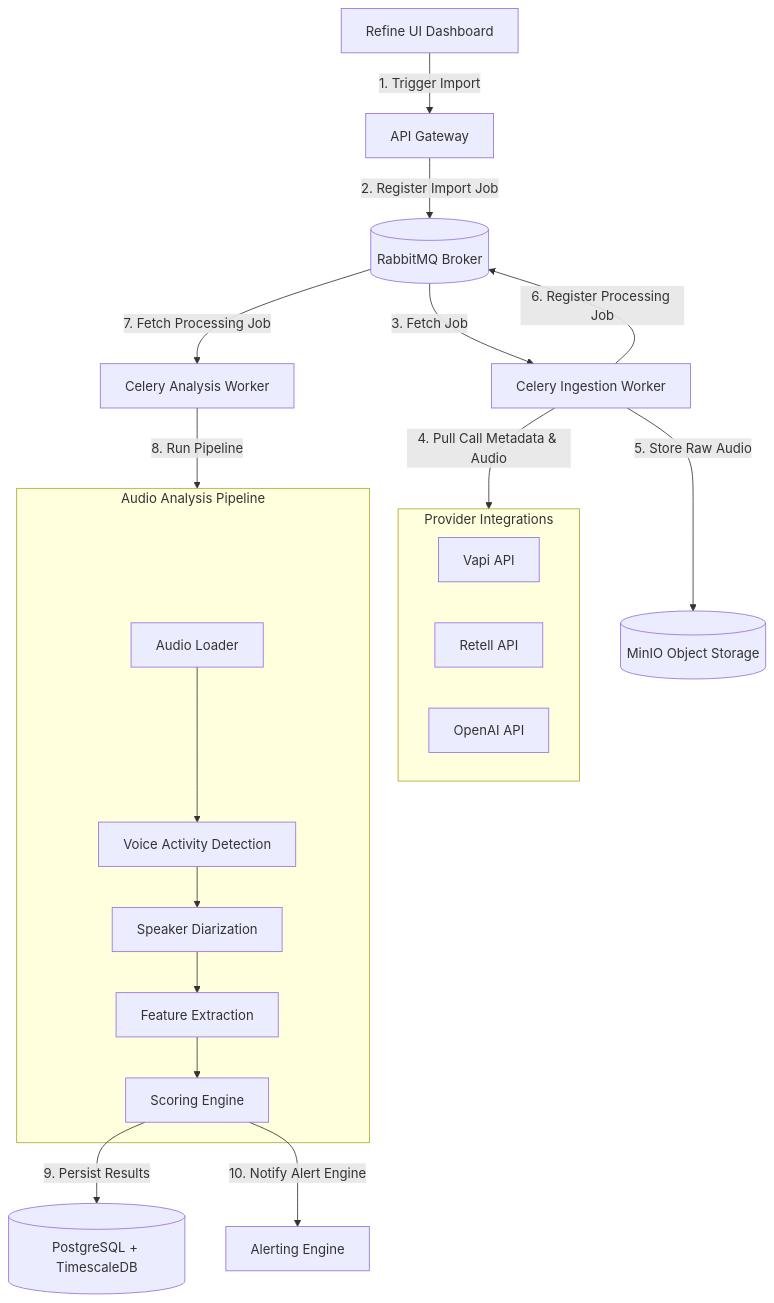
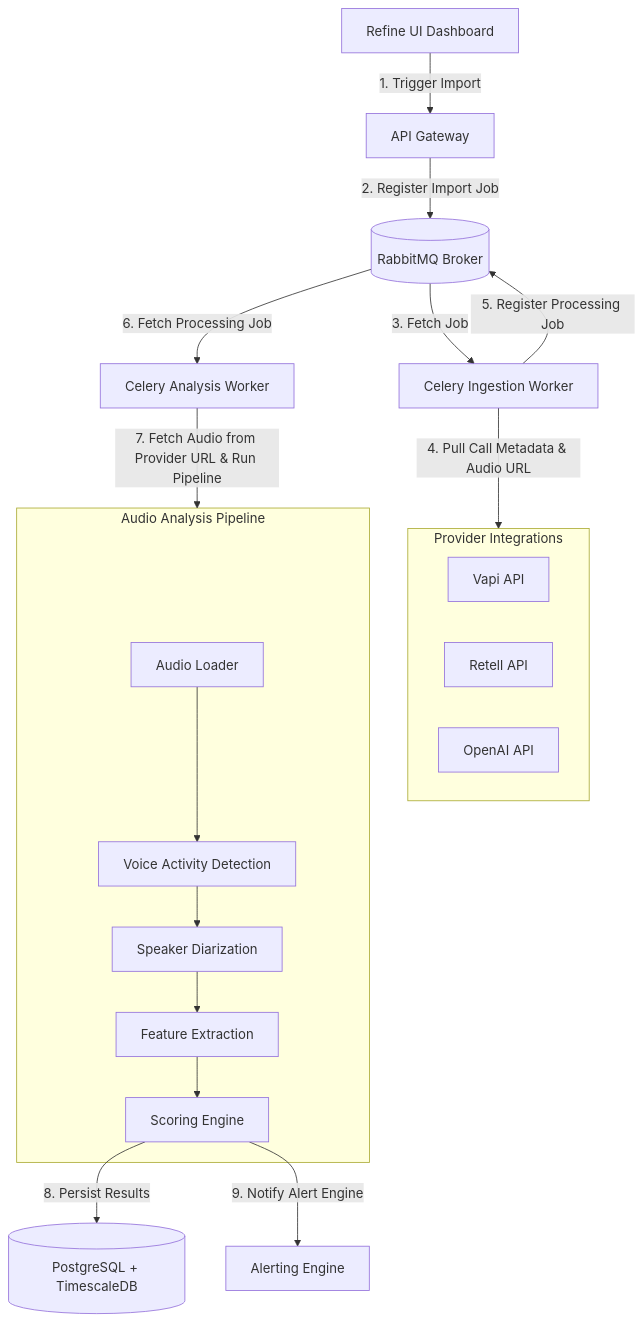
One commit to ayusrjn/benten changed the diagram in docs/architecture_overview.md. Above: the diagram before and after it, drawn with Mermaid. The commit also changed other lines of this file and 3 other files, not shown here.

````diff
--- a/docs/architecture_overview.md
+++ b/docs/architecture_overview.md
@@ -11,29 +11,28 @@
 ```mermaid
 graph TD
     UI[Refine UI Dashboard] -->|1. Trigger Import| API[API Gateway]
     API -->|2. Register Import Job| RMQ[(RabbitMQ Broker)]
     RMQ -->|3. Fetch Job| CW1[Celery Ingestion Worker]
     
     subgraph Connectors [Provider Integrations]
         Vapi[Vapi API]
         Retell[Retell API]
         OAI[OpenAI API]
     end
     
-    CW1 -->|4. Pull Call Metadata & Audio| Connectors
-    CW1 -->|5. Store Raw Audio| MinIO[(MinIO Object Storage)]
-    CW1 -->|6. Register Processing Job| RMQ
+    CW1 -->|4. Pull Call Metadata & Audio URL| Connectors
+    CW1 -->|5. Register Processing Job| RMQ
     
-    RMQ -->|7. Fetch Processing Job| CW2[Celery Analysis Worker]
+    RMQ -->|6. Fetch Processing Job| CW2[Celery Analysis Worker]
     
     subgraph Pipeline [Audio Analysis Pipeline]
         AL[Audio Loader] --> VAD[Voice Activity Detection]
         VAD --> Diar[Speaker Diarization]
         Diar --> FE[Feature Extraction]
         FE --> Score[Scoring Engine]
     end
     
-    CW2 -->|8. Run Pipeline| Pipeline
-    Score -->|9. Persist Results| DB[(PostgreSQL + TimescaleDB)]
-    Score -->|10. Notify Alert Engine| Alert[Alerting Engine]
+    CW2 -->|7. Fetch Audio from Provider URL & Run Pipeline| Pipeline
+    Score -->|8. Persist Results| DB[(PostgreSQL + TimescaleDB)]
+    Score -->|9. Notify Alert Engine| Alert[Alerting Engine]
 ```
````
